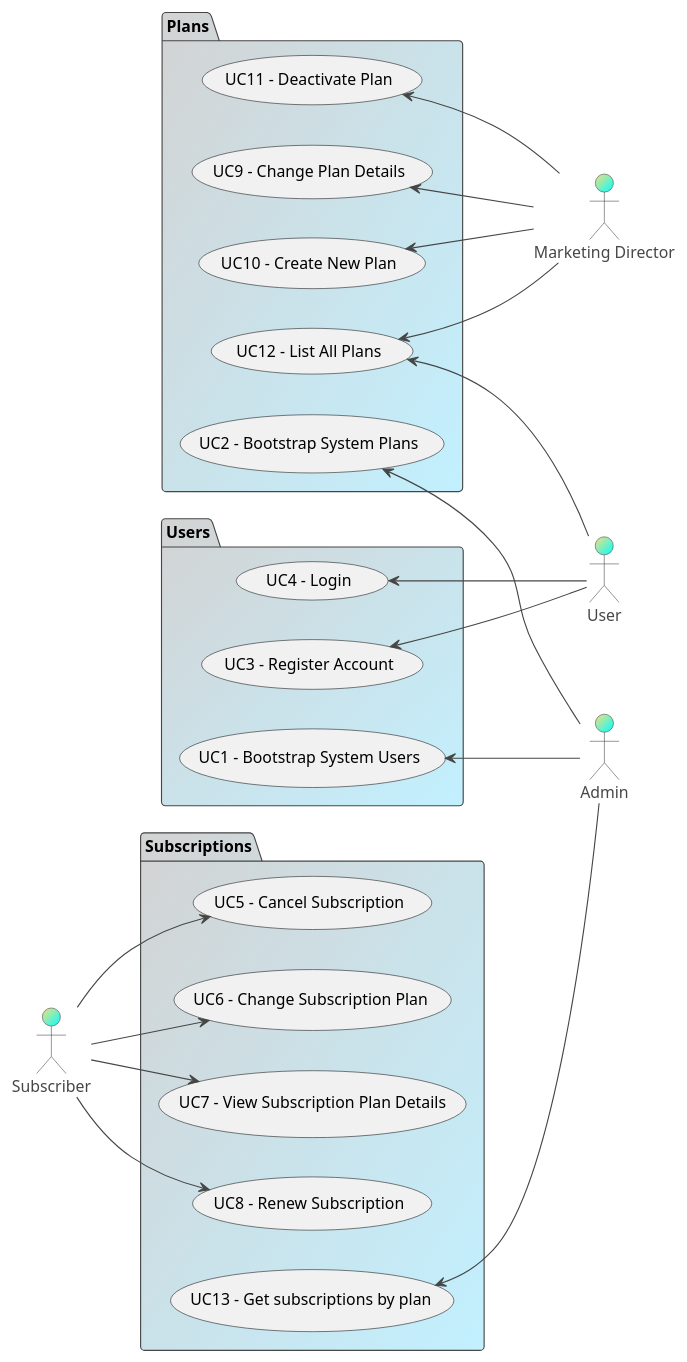
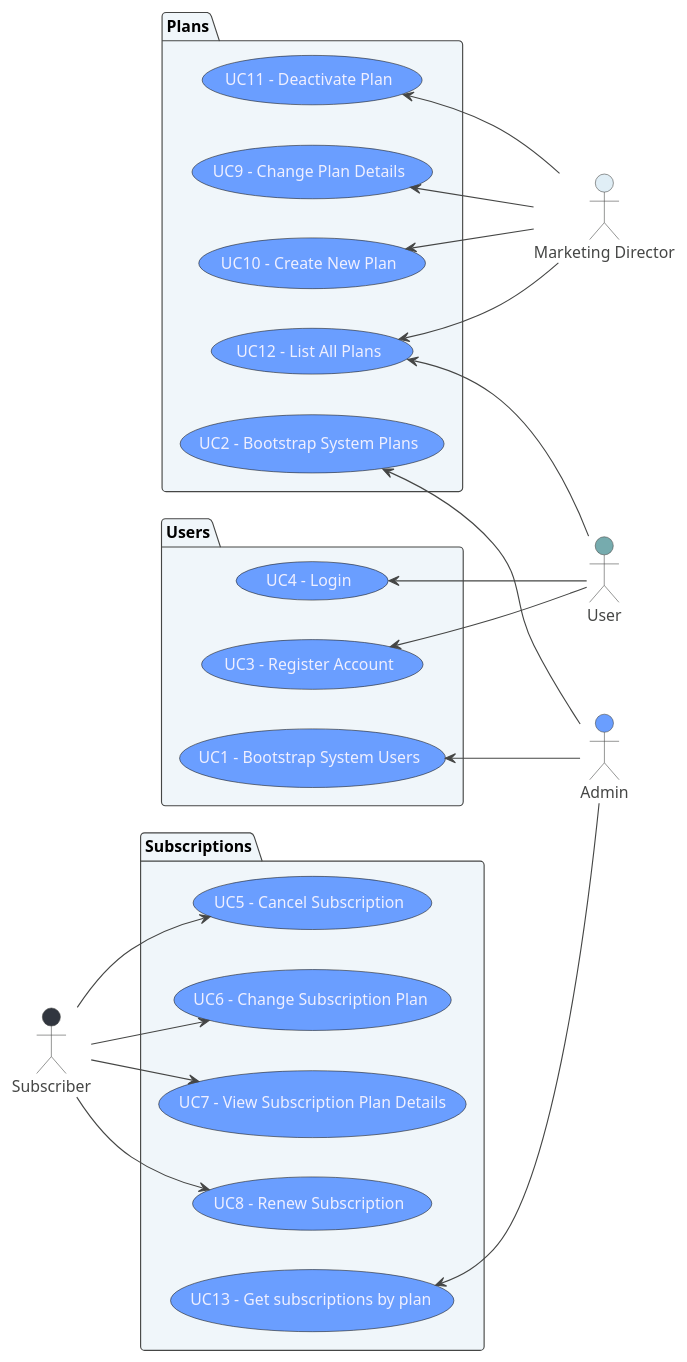
One commit to tam65r/protobuf-in-REST-aplication changed the diagram in protobuf-project/docs/UCD_v2.puml. Above: the diagram before and after it, drawn with PlantUML. The commit also changed 8 other files, not shown here.

Commit message:
atualizaões de diagramas

```diff
--- a/protobuf-project/docs/UCD_v2.puml
+++ b/protobuf-project/docs/UCD_v2.puml
@@ -1,57 +1,59 @@
 @startuml
 'https://plantuml.com/use-case-diagram
 !theme toy
 
 left to right direction
 
 skinparam backgroundColor Transparent
-skinparam packageBackgroundColor LightGray/APPLICATION
+skinparam packageBackgroundColor #f0f6fa 
+skinparam usecaseBackgroundColor #6A9EFF
+skinparam usecaseFontColor MOTIVATION
 
 
-:Admin: as "Admin" #F8DE7E/00FFFF
-:Director: as "Marketing Director" #F8DE7E/00FFFF
-:User: as "User" #F8DE7E/00FFFF
-:Subscriber: as "Subscriber" #F8DE7E/00FFFF
+:Admin: as "Admin" #6A9EFF
+:Director: as "Marketing Director" #E0EEF6
+:User: as "User" #76ABAE
+:Subscriber: as "Subscriber" #31363F
 
 package Plans {
  usecase "UC9 - Change Plan Details" as UC8
  usecase "UC10 - Create New Plan" as UC9
  usecase "UC11 - Deactivate Plan" as UC10
  usecase "UC12 - List All Plans" as UC11
  usecase "UC2 - Bootstrap System Plans" as UC12
 }
 
 package Subscriptions {
     usecase "UC5 - Cancel Subscription" as UC4
     usecase "UC6 - Change Subscription Plan" as UC5
     usecase "UC7 - View Subscription Plan Details" as UC6
     usecase "UC8 - Renew Subscription" as UC7
     usecase "UC13 - Get subscriptions by plan" as UC13
 }
 
 package Users {
     usecase "UC3 - Register Account" as UC1
     usecase "UC1 - Bootstrap System Users" as UC2
     usecase "UC4 - Login" as UC3
 }
 
 
 UC2 <-- Admin
 UC12 <-- Admin
 UC13 <-- Admin
 
 UC8 <-- Director
 UC9 <-- Director
 UC10 <-- Director
 UC11 <-- Director
 
 UC1 <-- User
 UC3 <-- User
 UC11 <-- User
 
 Subscriber --> UC4
 Subscriber --> UC5
 Subscriber --> UC6
 Subscriber --> UC7
 
 @enduml
```
